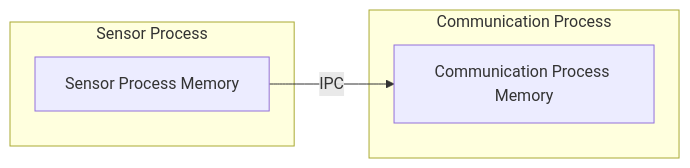
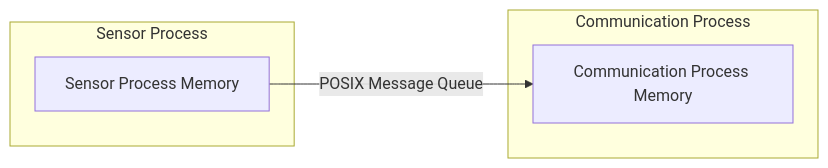
Before and after one commit to yujimasuda77777/Raspberry_Pi_4B_Edge_IoT_System: the sixth of 15 diagrams in docs/04_data_ipc_communication.md, drawn with Mermaid. The commit also changed other lines of this file and 1 other file, not shown here.

````diff
--- a/docs/04_data_ipc_communication.md
+++ b/docs/04_data_ipc_communication.md
@@ -359,12 +364,12 @@
 ```mermaid
 flowchart LR
     subgraph SP["Sensor Process"]
         SMemory["Sensor Process Memory"]
     end
 
     subgraph CP["Communication Process"]
         CMemory["Communication Process Memory"]
     end
 
-    SMemory -->|IPC| CMemory
+    SMemory -->|POSIX Message Queue| CMemory
 ```
````
